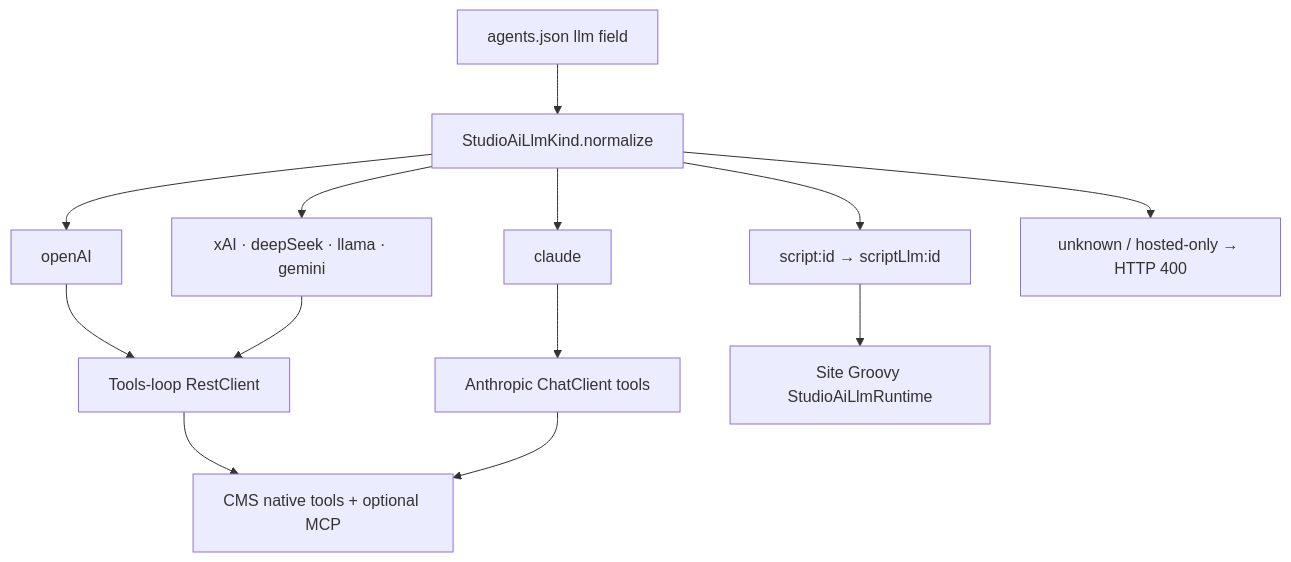
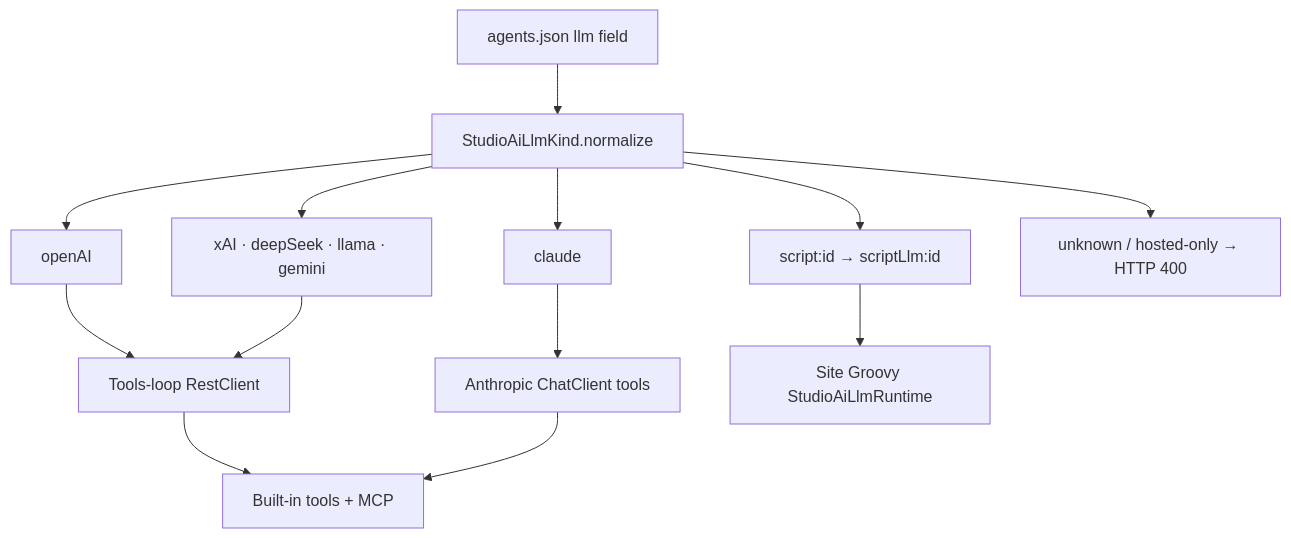
Diagram 13 of 13 in docs/architecture-diagrams.md (craftercms/ai-assistant-plugin), drawn with Mermaid before and after one commit. The commit also changed other lines of this file and 48 other files, not shown here.

````diff
--- a/docs/architecture-diagrams.md
+++ b/docs/architecture-diagrams.md
@@ -467,16 +481,16 @@
 ```mermaid
 flowchart TD
   Llm["agents.json llm field"] --> Norm["StudioAiLlmKind.normalize"]
   Norm --> O["openAI"]
   Norm --> X["xAI · deepSeek · llama · gemini"]
   Norm --> C["claude"]
   Norm --> S["script:id → scriptLlm:id"]
   Norm --> Bad["unknown / hosted-only → HTTP 400"]
 
   O --> TL["Tools-loop RestClient"]
   X --> TL
   C --> AN["Anthropic ChatClient tools"]
   S --> SG["Site Groovy StudioAiLlmRuntime"]
-  TL --> CMS["CMS native tools + optional MCP"]
+  TL --> CMS["Built-in tools + MCP"]
   AN --> CMS
 ```
````
